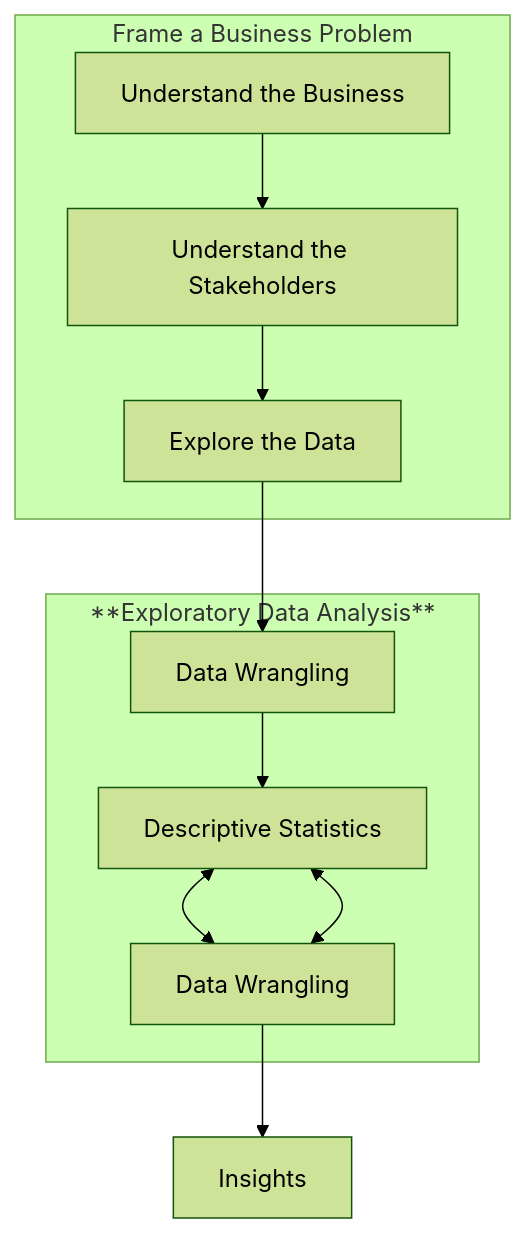
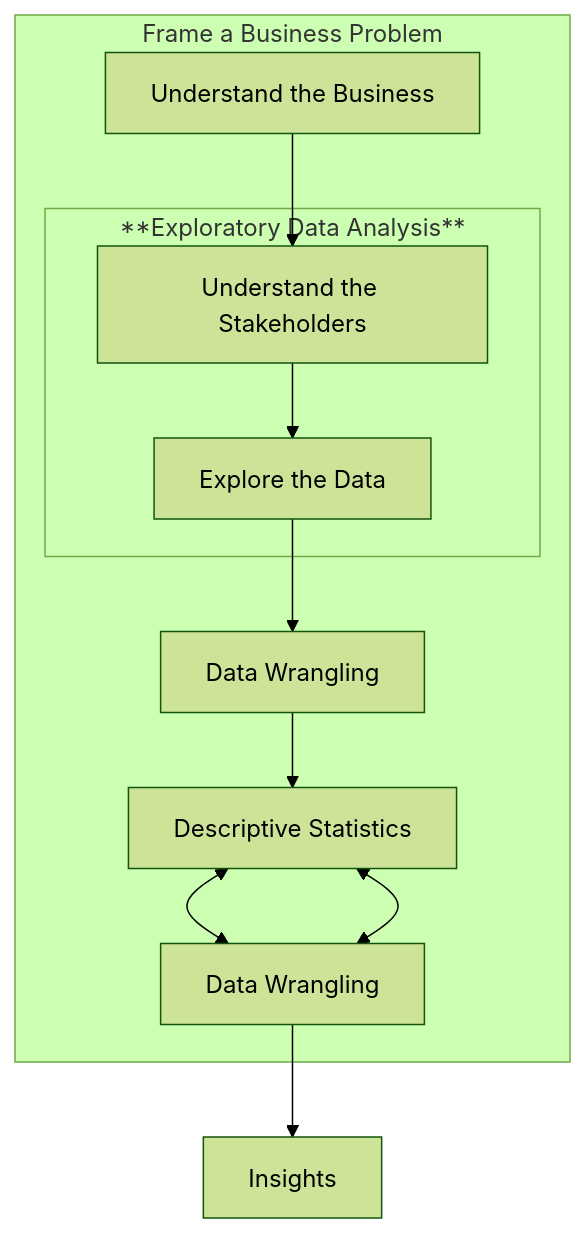
The diagram in Business_Analytics.md (Krupal-Patel/Python-Notes), drawn with Mermaid (forest theme) before and after one commit.

````diff
--- a/Business_Analytics.md
+++ b/Business_Analytics.md
@@ -2,15 +2,16 @@
 ```mermaid
 flowchart TD
   subgraph id1[Frame a Business Problem]
   step1[Understand the Business] --> step2[Understand the Stakeholders]
+  subgraph id2[**Exploratory Data Analysis**]
   step2 --> step3[Explore the Data]
   end
-  subgraph id2[**Exploratory Data Analysis**]
+  
   step3 --> step4[Data Wrangling]
   step4 --> step5[Descriptive Statistics]
   step5 <--> step6[Data Wrangling]
   step6 <--> step5
   end
   step6 --> Insights
 
 ```
````
